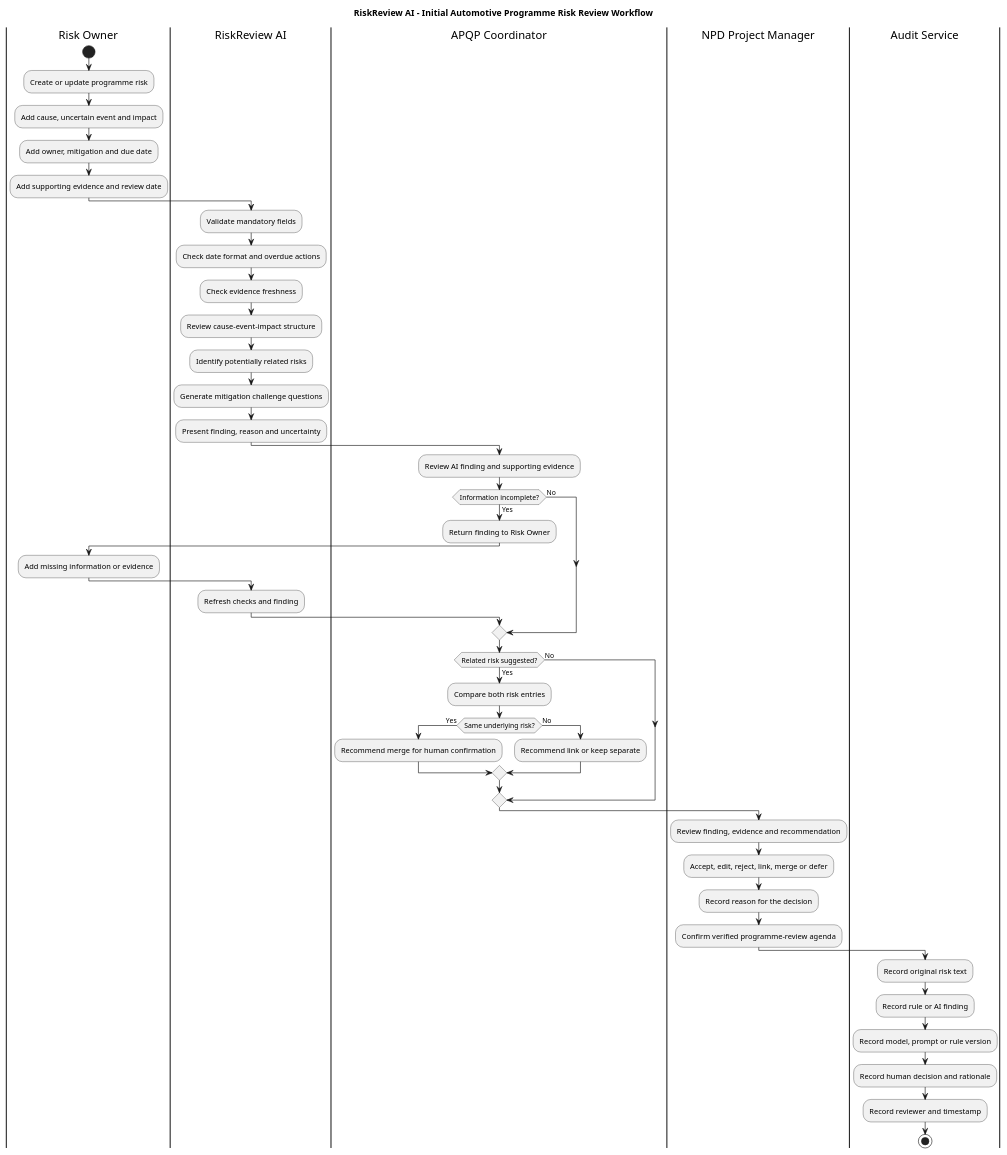
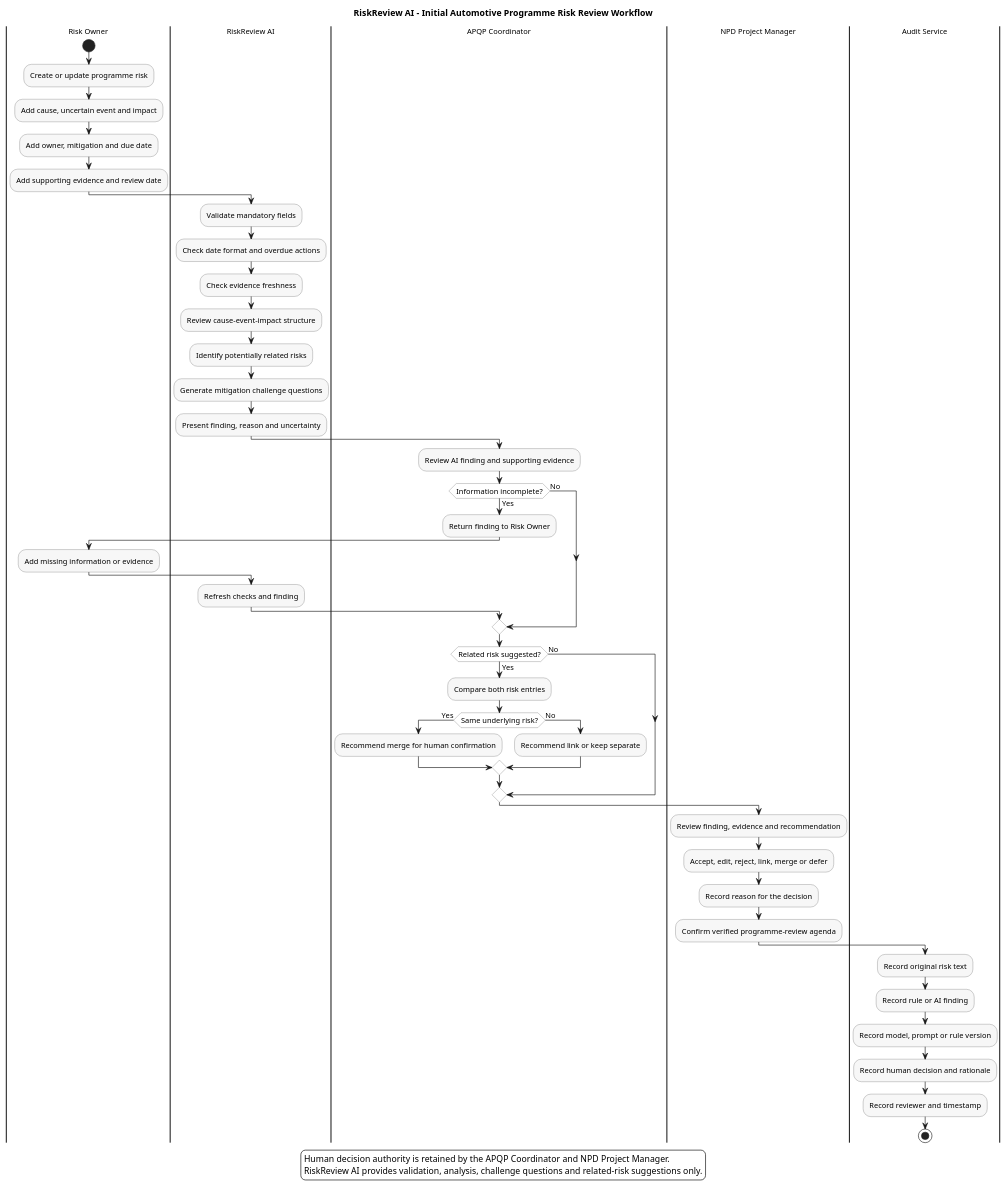
The diagram in 04_UX_Workflow_Trust/01_Initial_Workflow_PlantUML.md (MAIP2026July/Team004), drawn with PlantUML before and after one commit. The commit also changed other lines of this file, not shown here.

````diff
--- a/04_UX_Workflow_Trust/01_Initial_Workflow_PlantUML.md
+++ b/04_UX_Workflow_Trust/01_Initial_Workflow_PlantUML.md
@@ -13,64 +5,82 @@
 ```plantuml
 @startuml
+' RiskReview AI - Initial Automotive Programme Risk Review Workflow
+skinparam backgroundColor white
+skinparam shadowing false
+skinparam defaultFontName Arial
+skinparam defaultFontSize 12
+skinparam activity {
+  BackgroundColor #F7F7F7
+  BorderColor #666666
+  DiamondBackgroundColor #FFFFFF
+  DiamondBorderColor #666666
+  StartColor #222222
+  EndColor #222222
+  BarColor #666666
+}
+skinparam partition {
+  BackgroundColor white
+  BorderColor #333333
+  FontColor #111111
+}
 
 title RiskReview AI - Initial Automotive Programme Risk Review Workflow
 
 |Risk Owner|
 start
 :Create or update programme risk;
 :Add cause, uncertain event and impact;
 :Add owner, mitigation and due date;
 :Add supporting evidence and review date;
 
 |RiskReview AI|
 :Validate mandatory fields;
 :Check date format and overdue actions;
 :Check evidence freshness;
 :Review cause-event-impact structure;
 :Identify potentially related risks;
 :Generate mitigation challenge questions;
 :Present finding, reason and uncertainty;
 
 |APQP Coordinator|
 :Review AI finding and supporting evidence;
-
 if (Information incomplete?) then (Yes)
   :Return finding to Risk Owner;
-
   |Risk Owner|
   :Add missing information or evidence;
-
   |RiskReview AI|
   :Refresh checks and finding;
-
   |APQP Coordinator|
 else (No)
 endif
 
 if (Related risk suggested?) then (Yes)
   :Compare both risk entries;
-
   if (Same underlying risk?) then (Yes)
     :Recommend merge for human confirmation;
   else (No)
     :Recommend link or keep separate;
   endif
 else (No)
 endif
 
 |NPD Project Manager|
 :Review finding, evidence and recommendation;
 :Accept, edit, reject, link, merge or defer;
 :Record reason for the decision;
 :Confirm verified programme-review agenda;
 
 |Audit Service|
 :Record original risk text;
 :Record rule or AI finding;
 :Record model, prompt or rule version;
 :Record human decision and rationale;
 :Record reviewer and timestamp;
 stop
 
+legend bottom
+  Human decision authority is retained by the APQP Coordinator and NPD Project Manager.
+  RiskReview AI provides validation, analysis, challenge questions and related-risk suggestions only.
+endlegend
 @enduml
 ```
````
